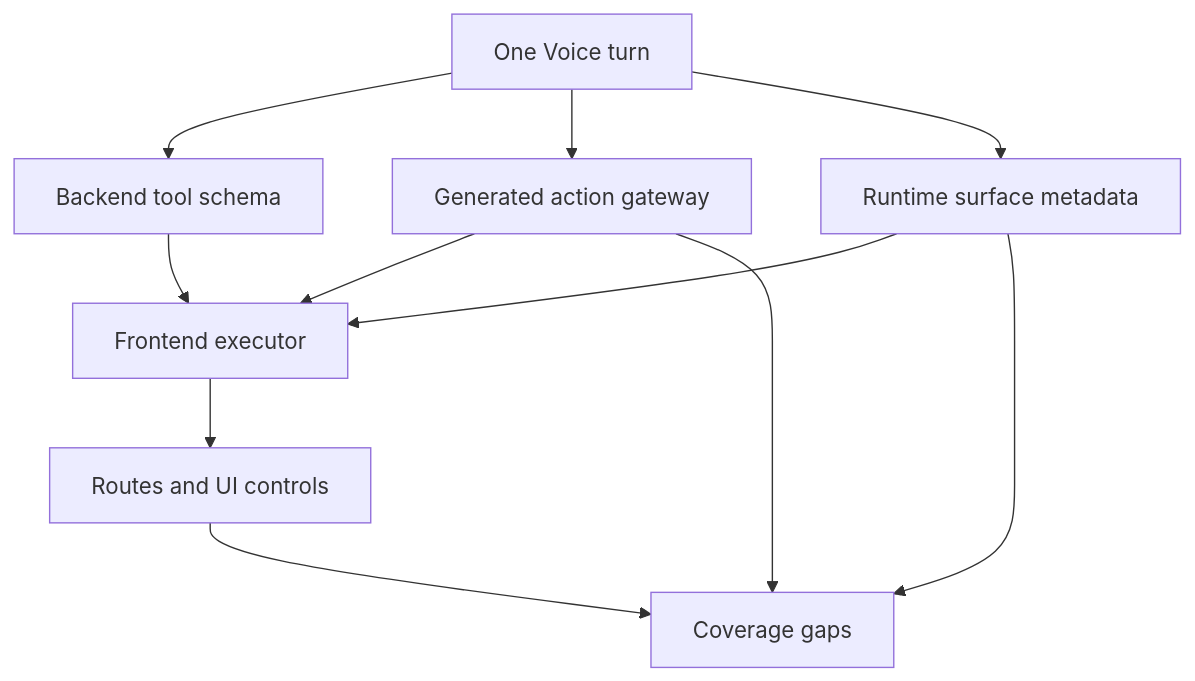
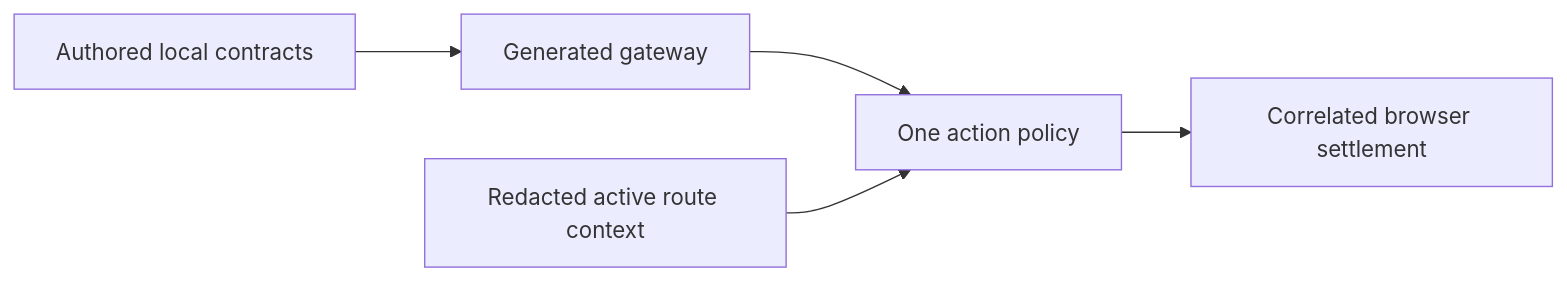
The diagram in docs/reference/one/one-voice-action-coverage-audit.md (hushh-labs/hushh-research), drawn with Mermaid before and after one commit. The commit also changed other lines of this file and 249 other files, not shown here.

Commit message:
feat(one): unify connections and action runtime

````diff
--- a/docs/reference/one/one-voice-action-coverage-audit.md
+++ b/docs/reference/one/one-voice-action-coverage-audit.md
@@ -8,21 +8,13 @@
 ```mermaid
-flowchart TD
-  voice["One Voice turn"]
-  backend["Backend tool schema"]
-  gateway["Generated action gateway"]
-  surface["Runtime surface metadata"]
-  executor["Frontend executor"]
-  ui["Routes and UI controls"]
-  gaps["Coverage gaps"]
+flowchart LR
+  contracts["Authored local contracts"]
+  gateway["Generated gateway"]
+  context["Redacted active route context"]
+  policy["One action policy"]
+  browser["Correlated browser settlement"]
 
-  voice --> backend
-  voice --> gateway
-  voice --> surface
-  backend --> executor
-  gateway --> executor
-  surface --> executor
-  executor --> ui
-  gateway --> gaps
-  surface --> gaps
-  ui --> gaps
+  contracts --> gateway
+  gateway --> policy
+  context --> policy
+  policy --> browser
 ```
````
